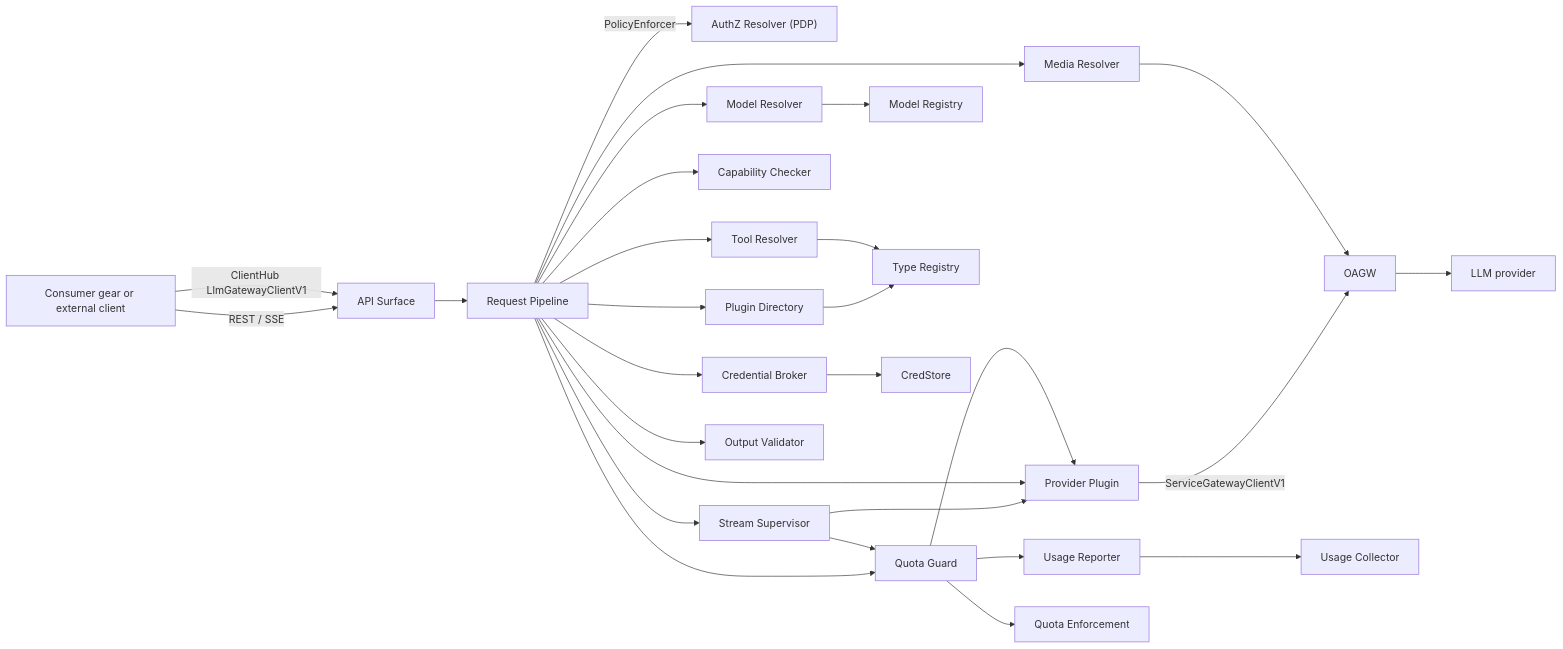
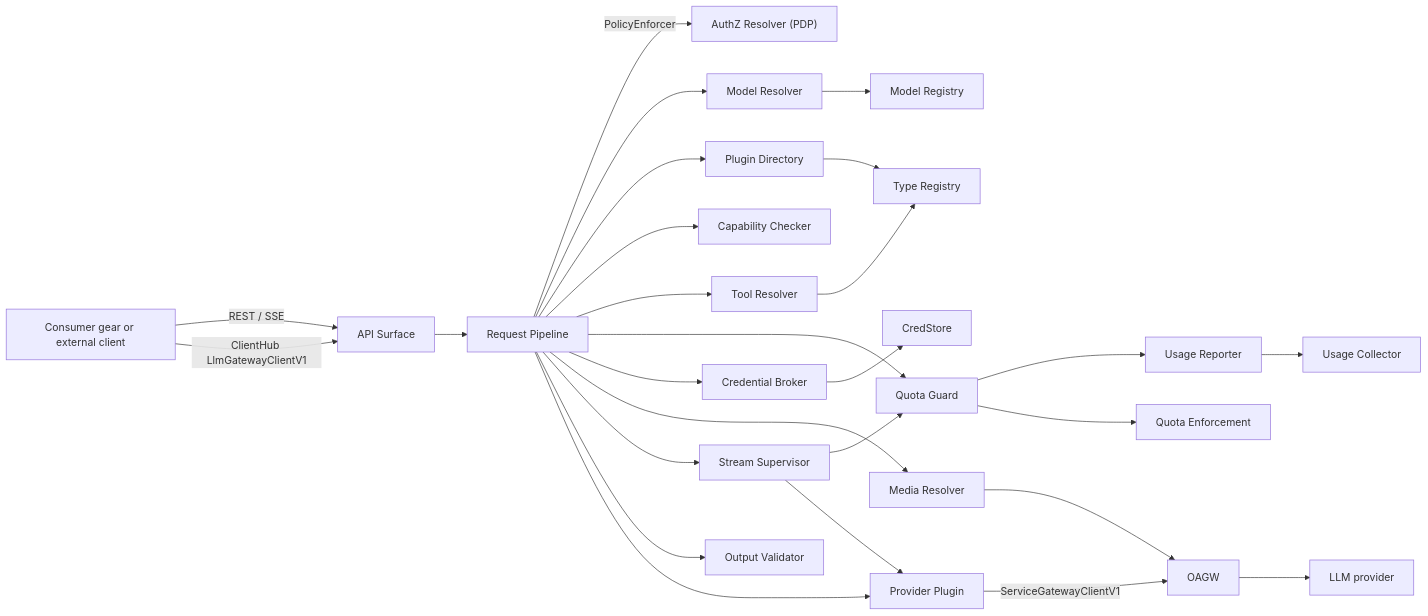
Before and after one commit to AndIConstructor/gears-rust: the first of 15 diagrams in gears/llm-gateway/docs/DESIGN.md, drawn with Mermaid. The commit also changed other lines of this file, not shown here.

````diff
--- a/gears/llm-gateway/docs/DESIGN.md
+++ b/gears/llm-gateway/docs/DESIGN.md
@@ -257,30 +257,29 @@
 ```mermaid
 graph LR
     CONS["Consumer gear or external client"] -->|REST / SSE| API["API Surface"]
     CONS -->|ClientHub LlmGatewayClientV1| API
     API --> PIPE["Request Pipeline"]
     PIPE -->|PolicyEnforcer| AZ["AuthZ Resolver (PDP)"]
     PIPE --> MR["Model Resolver"]
     PIPE --> PDIR["Plugin Directory"]
     PIPE --> CC["Capability Checker"]
     PIPE --> TR["Tool Resolver"]
     PIPE --> QG["Quota Guard"]
     PIPE --> CB["Credential Broker"]
     PIPE --> MEDIA["Media Resolver"]
     PIPE --> SUP["Stream Supervisor"]
     PIPE --> OV["Output Validator"]
     SUP --> QG
     QG --> UR["Usage Reporter"]
     SUP --> PLUG["Provider Plugin"]
     PIPE --> PLUG
-    QG --> PLUG
     PLUG -->|ServiceGatewayClientV1| OAGW["OAGW"]
     OAGW --> PROV["LLM provider"]
     MR --> MRG["Model Registry"]
     PDIR --> TYR["Type Registry"]
     TR --> TYR
     CB --> CS["CredStore"]
     QG --> QE["Quota Enforcement"]
     UR --> UC["Usage Collector"]
     MEDIA --> OAGW
 ```
````
